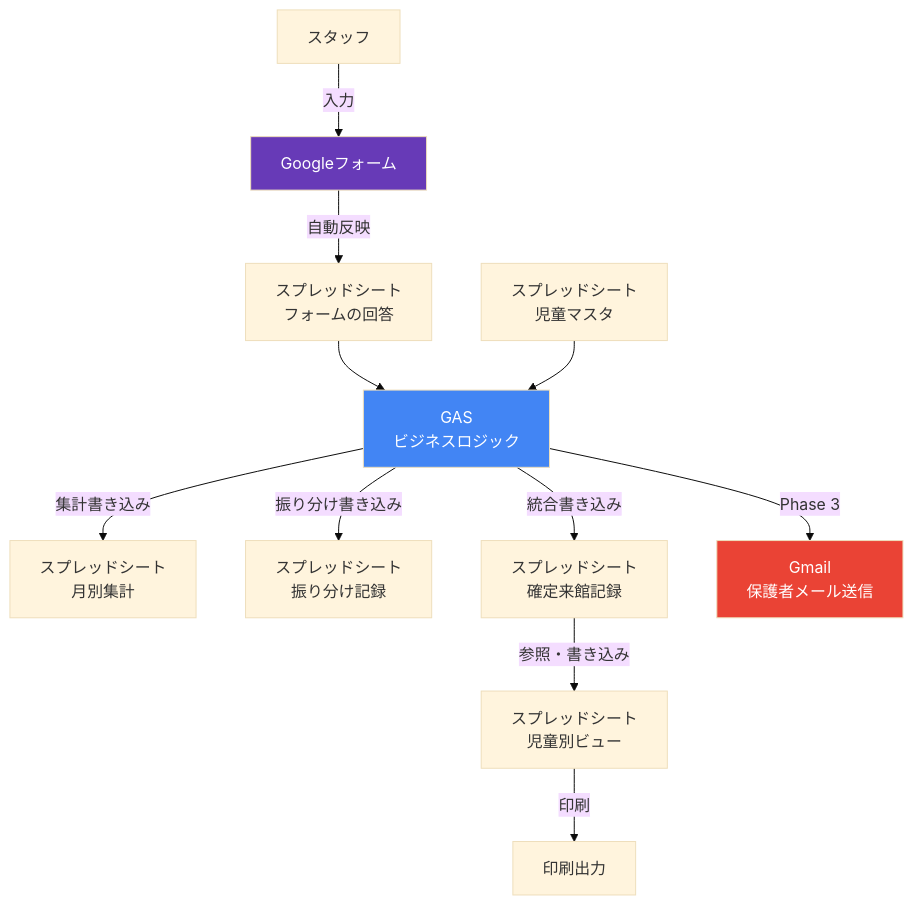
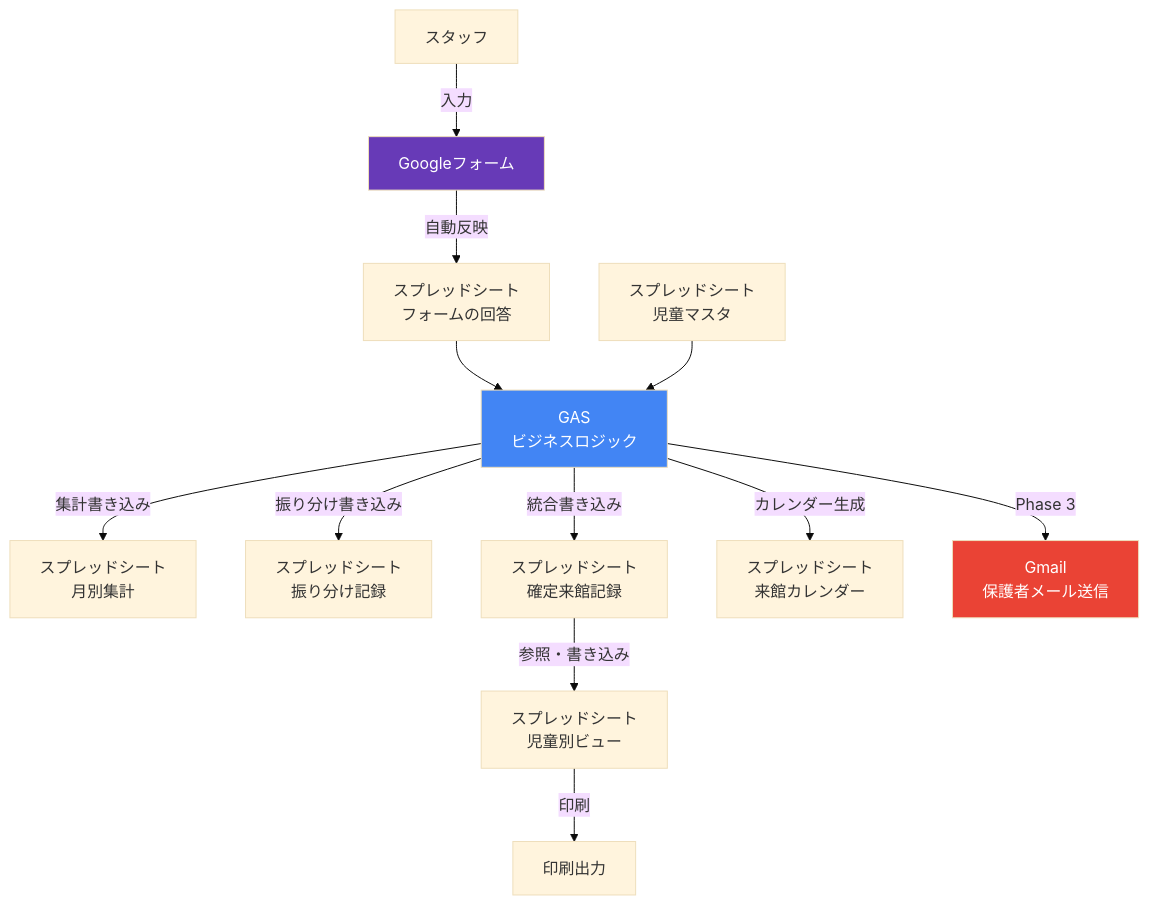
Before and after one commit to Tatetsu/oen-yorimado: the first of 4 diagrams in docs/architecture.md, drawn with Mermaid (base theme). The commit also changed other lines of this file and 12 other files, not shown here.

````diff
--- a/docs/architecture.md
+++ b/docs/architecture.md
@@ -5,21 +5,22 @@
 ```mermaid
 graph TD
     A[スタッフ] -->|入力| B[Googleフォーム]
     B -->|自動反映| C[スプレッドシート<br/>フォームの回答]
 
     C --> D[GAS<br/>ビジネスロジック]
     E[スプレッドシート<br/>児童マスタ] --> D
 
     D -->|集計書き込み| F[スプレッドシート<br/>月別集計]
     D -->|振り分け書き込み| G[スプレッドシート<br/>振り分け記録]
     D -->|統合書き込み| H[スプレッドシート<br/>確定来館記録]
+    D -->|カレンダー生成| H2[スプレッドシート<br/>来館カレンダー]
     H -->|参照・書き込み| I[スプレッドシート<br/>児童別ビュー]
 
     I -->|印刷| J[印刷出力]
 
     D -->|Phase 3| K[Gmail<br/>保護者メール送信]
 
     style D fill:#4285F4,color:#fff
     style B fill:#673AB7,color:#fff
     style K fill:#EA4335,color:#fff
 ```
````
